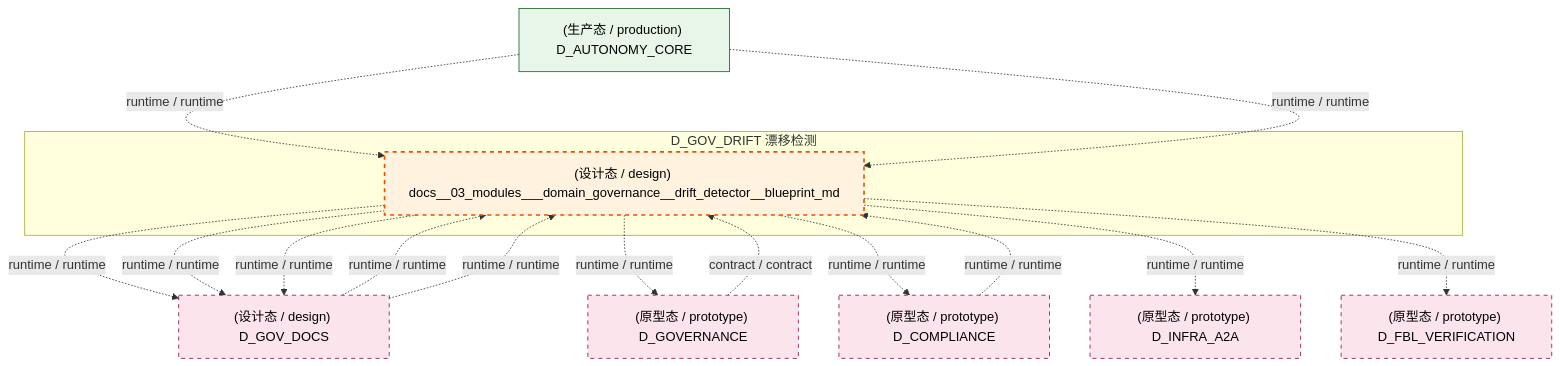
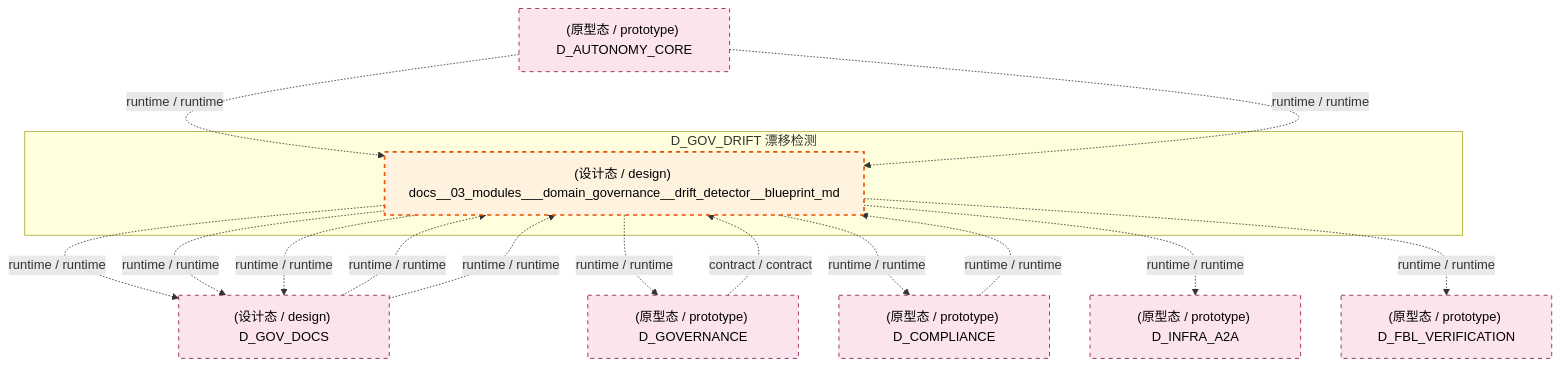
The fifth of 7 diagrams in docs/02_enterprise_architecture/02_domain_architecture_docs/39_d_gov_drift.md (xuanFelixVan/ZephyrAlpha), drawn with Mermaid before and after one commit. The commit also changed other lines of this file and 112 other files, not shown here.

````diff
--- a/docs/02_enterprise_architecture/02_domain_architecture_docs/39_d_gov_drift.md
+++ b/docs/02_enterprise_architecture/02_domain_architecture_docs/39_d_gov_drift.md
@@ -532,32 +531,31 @@
 ```mermaid
 graph TD
     subgraph D_GOV_DRIFT["D_GOV_DRIFT 漂移检测"]
         docs_03_modules_domain_governance_drift_detector_blueprint_md["(设计态 / design) docs__03_modules___domain_governance__drift_detector__blueprint_md"]
     end
     D_GOV_DOCS["(设计态 / design) D_GOV_DOCS"]
     docs_03_modules_domain_governance_drift_detector_blueprint_md -.->|runtime / runtime| D_GOV_DOCS
     D_GOVERNANCE["(原型态 / prototype) D_GOVERNANCE"]
     docs_03_modules_domain_governance_drift_detector_blueprint_md -.->|runtime / runtime| D_GOVERNANCE
     D_COMPLIANCE["(原型态 / prototype) D_COMPLIANCE"]
     docs_03_modules_domain_governance_drift_detector_blueprint_md -.->|runtime / runtime| D_COMPLIANCE
     D_INFRA_A2A["(原型态 / prototype) D_INFRA_A2A"]
     docs_03_modules_domain_governance_drift_detector_blueprint_md -.->|runtime / runtime| D_INFRA_A2A
     D_FBL_VERIFICATION["(原型态 / prototype) D_FBL_VERIFICATION"]
     docs_03_modules_domain_governance_drift_detector_blueprint_md -.->|runtime / runtime| D_FBL_VERIFICATION
     docs_03_modules_domain_governance_drift_detector_blueprint_md -.->|runtime / runtime| D_GOV_DOCS
     docs_03_modules_domain_governance_drift_detector_blueprint_md -.->|runtime / runtime| D_GOV_DOCS
     D_COMPLIANCE -.->|runtime / runtime| docs_03_modules_domain_governance_drift_detector_blueprint_md
     D_GOV_DOCS -.->|runtime / runtime| docs_03_modules_domain_governance_drift_detector_blueprint_md
     D_GOV_DOCS -.->|runtime / runtime| docs_03_modules_domain_governance_drift_detector_blueprint_md
     D_GOVERNANCE -.->|contract / contract| docs_03_modules_domain_governance_drift_detector_blueprint_md
-    D_AUTONOMY_CORE["(生产态 / production) D_AUTONOMY_CORE"]
+    D_AUTONOMY_CORE["(原型态 / prototype) D_AUTONOMY_CORE"]
     D_AUTONOMY_CORE -.->|runtime / runtime| docs_03_modules_domain_governance_drift_detector_blueprint_md
     D_AUTONOMY_CORE -.->|runtime / runtime| docs_03_modules_domain_governance_drift_detector_blueprint_md
     classDef production fill:#e1f5fe,stroke:#01579b,stroke-width:2px,color:#000
     classDef design fill:#fff3e0,stroke:#e65100,stroke-width:2px,color:#000,stroke-dasharray: 5 5
     classDef external_prod fill:#e8f5e9,stroke:#1b5e20,stroke-width:1px,color:#000
     classDef external_design fill:#fce4ec,stroke:#880e4f,stroke-width:1px,color:#000,stroke-dasharray: 5 5
     class docs_03_modules_domain_governance_drift_detector_blueprint_md design
-    class D_AUTONOMY_CORE external_prod
-    class D_GOV_DOCS,D_GOVERNANCE,D_COMPLIANCE,D_INFRA_A2A,D_FBL_VERIFICATION external_design
+    class D_GOV_DOCS,D_GOVERNANCE,D_COMPLIANCE,D_INFRA_A2A,D_FBL_VERIFICATION,D_AUTONOMY_CORE external_design
 ```
````
